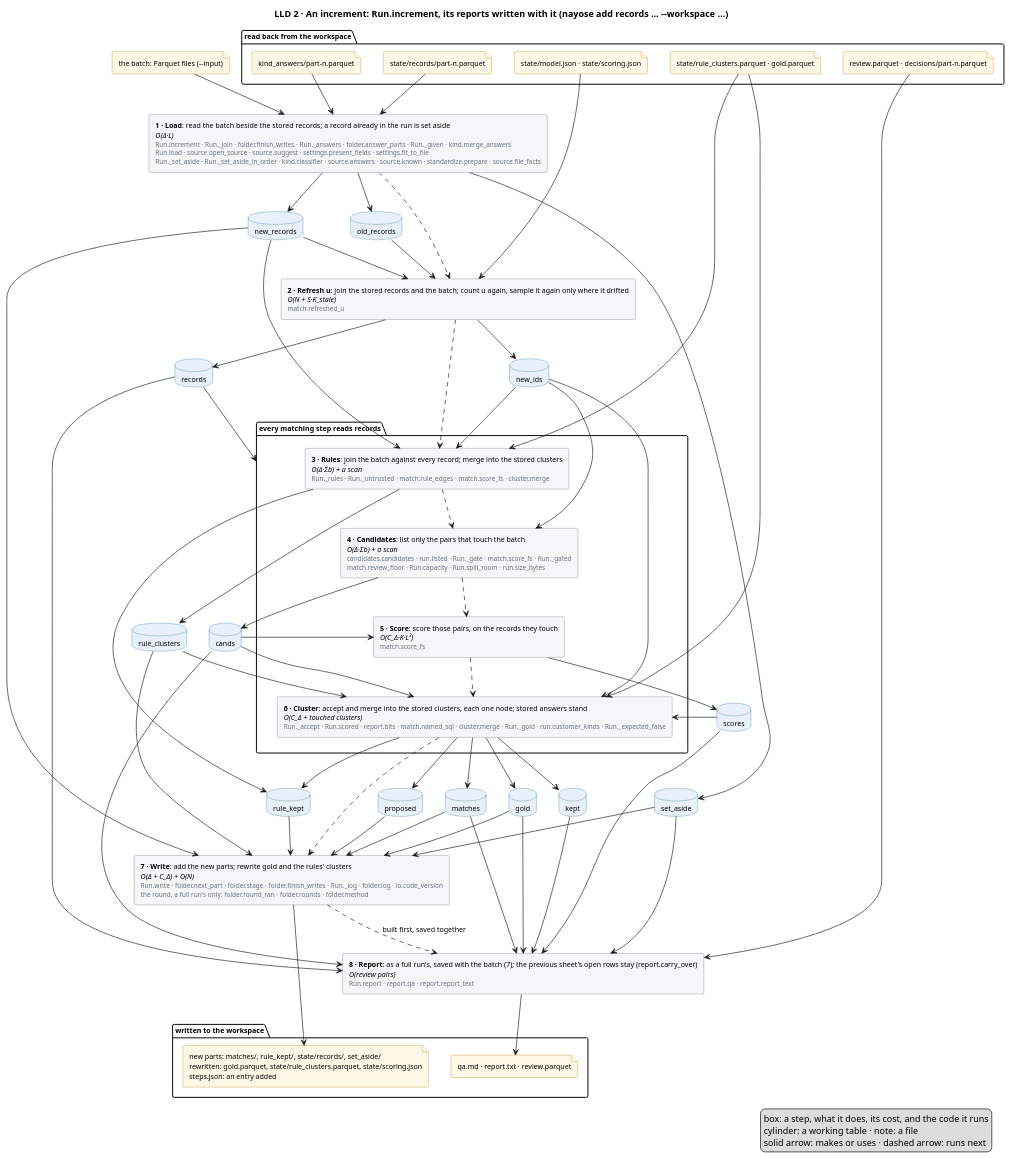
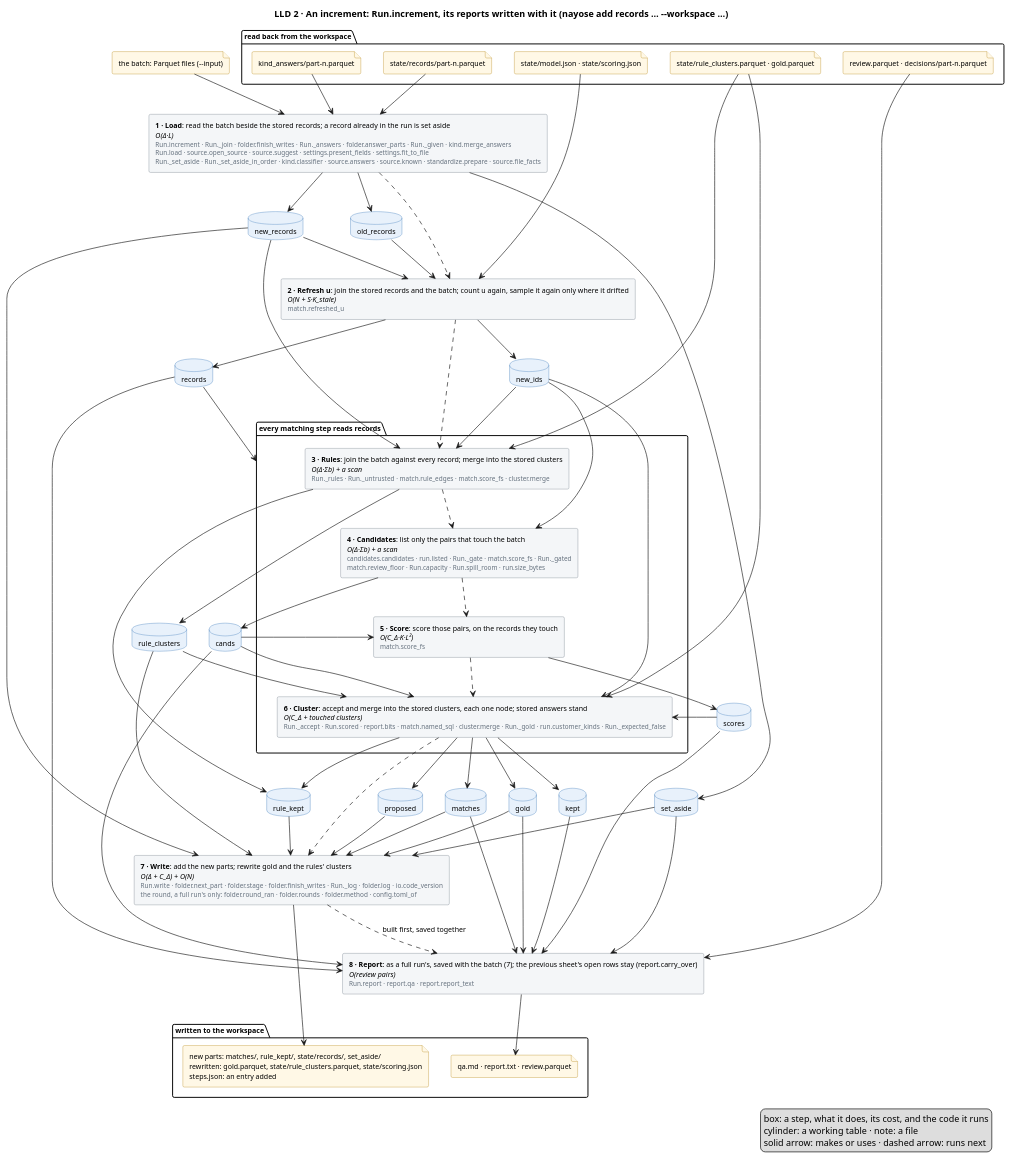
One commit to mvsbm/entity_matching changed the diagram in docs/diagrams/increment.puml. Above: the diagram before and after it, drawn with PlantUML. The commit also changed 20 other files, not shown here.

```diff
--- a/docs/diagrams/increment.puml
+++ b/docs/diagrams/increment.puml
@@ -1,119 +1,119 @@
 @startuml increment
 title LLD 2 · An increment: Run.increment, its reports written with it (nayose add records … ~--workspace …)
 skinparam defaultFontSize 11
 skinparam rectangle {
   BackgroundColor #F4F6F8
   BorderColor #65717E
 }
 skinparam database {
   BackgroundColor #E8F1FB
   BorderColor #2C6DB3
 }
 skinparam file {
   BackgroundColor #FFF8E6
   BorderColor #B07D00
 }
 
 package "read back from the workspace" {
   file "state/model.json · state/scoring.json" as f_model
   file "state/records/part-n.parquet" as f_records
   file "state/rule_clusters.parquet · gold.parquet" as f_clusters
   file "kind_answers/part-n.parquet" as f_answers
   file "review.parquet · decisions/part-n.parquet" as f_sheet
 }
 file "the batch: Parquet files (~--input)" as f_batch
 
 
 rectangle "<b>1 · Load</b>: read the batch beside the stored records; a record already in the run is set aside\n<i>O(Δ·L)</i>\n<size:10><color:#65717E>Run.increment · Run._join · folder.finish_writes · Run._answers · folder.answer_parts · Run._given · kind.merge_answers</color></size>\n<size:10><color:#65717E>Run.load · source.open_source · source.suggest · settings.present_fields · settings.fit_to_file</color></size>\n<size:10><color:#65717E>Run._set_aside · Run._set_aside_in_order · kind.classifier · source.answers · source.known · standardize.prepare · source.file_facts</color></size>" as load
 rectangle "<b>2 · Refresh u</b>: join the stored records and the batch; count u again, sample it again only where it drifted\n<i>O(N + S·K_stale)</i>\n<size:10><color:#65717E>match.refreshed_u</color></size>" as fit
 package "every matching step reads records" as matching {
   rectangle "<b>3 · Rules</b>: join the batch against every record; merge into the stored clusters\n<i>O(Δ·Σb) + a scan</i>\n<size:10><color:#65717E>Run._rules · Run._untrusted · match.rule_edges · match.score_fs · cluster.merge</color></size>" as rules
   rectangle "<b>4 · Candidates</b>: list only the pairs that touch the batch\n<i>O(Δ·Σb) + a scan</i>\n<size:10><color:#65717E>candidates.candidates · run.listed · Run._gate · match.score_fs · Run._gated</color></size>\n<size:10><color:#65717E>match.review_floor · Run.capacity · Run.spill_room · run.size_bytes</color></size>" as candidates
   rectangle "<b>5 · Score</b>: score those pairs, on the records they touch\n<i>O(C_Δ·K·L²)</i>\n<size:10><color:#65717E>match.score_fs</color></size>" as score
   rectangle "<b>6 · Cluster</b>: accept and merge into the stored clusters, each one node; stored answers stand\n<i>O(C_Δ + touched clusters)</i>\n<size:10><color:#65717E>Run._accept · Run.scored · report.bits · match.named_sql · cluster.merge · Run._gold · run.customer_kinds · Run._expected_false</color></size>" as cluster
 }
-rectangle "<b>7 · Write</b>: add the new parts; rewrite gold and the rules' clusters\n<i>O(Δ + C_Δ) + O(N)</i>\n<size:10><color:#65717E>Run.write · folder.next_part · folder.stage · folder.finish_writes · Run._log · folder.log · io.code_version</color></size>\n<size:10><color:#65717E>the round, a full run's only: folder.round_ran · folder.rounds · folder.method</color></size>" as write
+rectangle "<b>7 · Write</b>: add the new parts; rewrite gold and the rules' clusters\n<i>O(Δ + C_Δ) + O(N)</i>\n<size:10><color:#65717E>Run.write · folder.next_part · folder.stage · folder.finish_writes · Run._log · folder.log · io.code_version</color></size>\n<size:10><color:#65717E>the round, a full run's only: folder.round_ran · folder.rounds · folder.method · config.toml_of</color></size>" as write
 rectangle "<b>8 · Report</b>: as a full run's, saved with the batch (7); the previous sheet's open rows stay (report.carry_over)\n<i>O(review pairs)</i>\n<size:10><color:#65717E>Run.report · report.qa · report.report_text</color></size>" as report
 database "old_records" as old_records
 database "new_records" as new_records
 database "set_aside" as set_aside
 database "records" as records
 database "new_ids" as new_ids
 database "rule_clusters" as rule_clusters
 database "rule_kept" as rule_kept
 database "cands" as cands
 database "scores" as scores
 database "matches" as matches
 database "proposed" as proposed
 database "kept" as kept
 database "gold" as gold
 
 package "written to the workspace" {
   file "new parts: matches/, rule_kept/, state/records/, set_aside/\nrewritten: gold.parquet, state/rule_clusters.parquet, state/scoring.json\nsteps.json: an entry added" as f_out
   file "qa.md · report.txt · review.parquet" as f_people
 }
 
 f_batch --> load
 f_records --> load
 f_answers --> load
 f_model --> fit
 f_clusters --> rules
 f_clusters --> cluster
 f_sheet --> report
 
 load ..> fit
 fit ..> rules
 rules ..> candidates
 candidates ..> score
 score ..> cluster
 cluster ..> write
 write ..> report : built first, saved together
 
 load --> old_records
 load --> new_records
 load --> set_aside
 old_records --> fit
 new_records --> fit
 fit --> records
 fit --> new_ids
 records --> matching
 new_records --> rules
 new_ids --> rules
 rules --> rule_clusters
 rules --> rule_kept
 new_ids --> candidates
 candidates --> cands
 cands --> score
 score --> scores
 new_ids --> cluster
 rule_clusters --> cluster
 cands --> cluster
 scores --> cluster
 cluster --> matches
 cluster --> proposed
 cluster --> kept
 cluster --> rule_kept
 kept --> report
 proposed --> write
 cluster --> gold
 new_records --> write
 rule_clusters --> write
 rule_kept --> write
 matches --> write
 gold --> write
 set_aside --> write
 records --> report
 cands --> report
 scores --> report
 matches --> report
 gold --> report
 set_aside --> report
 
 write --> f_out
 report --> f_people
 legend right
   box: a step, what it does, its cost, and the code it runs
   cylinder: a working table · note: a file
   solid arrow: makes or uses · dashed arrow: runs next
 endlegend
 @enduml
```
